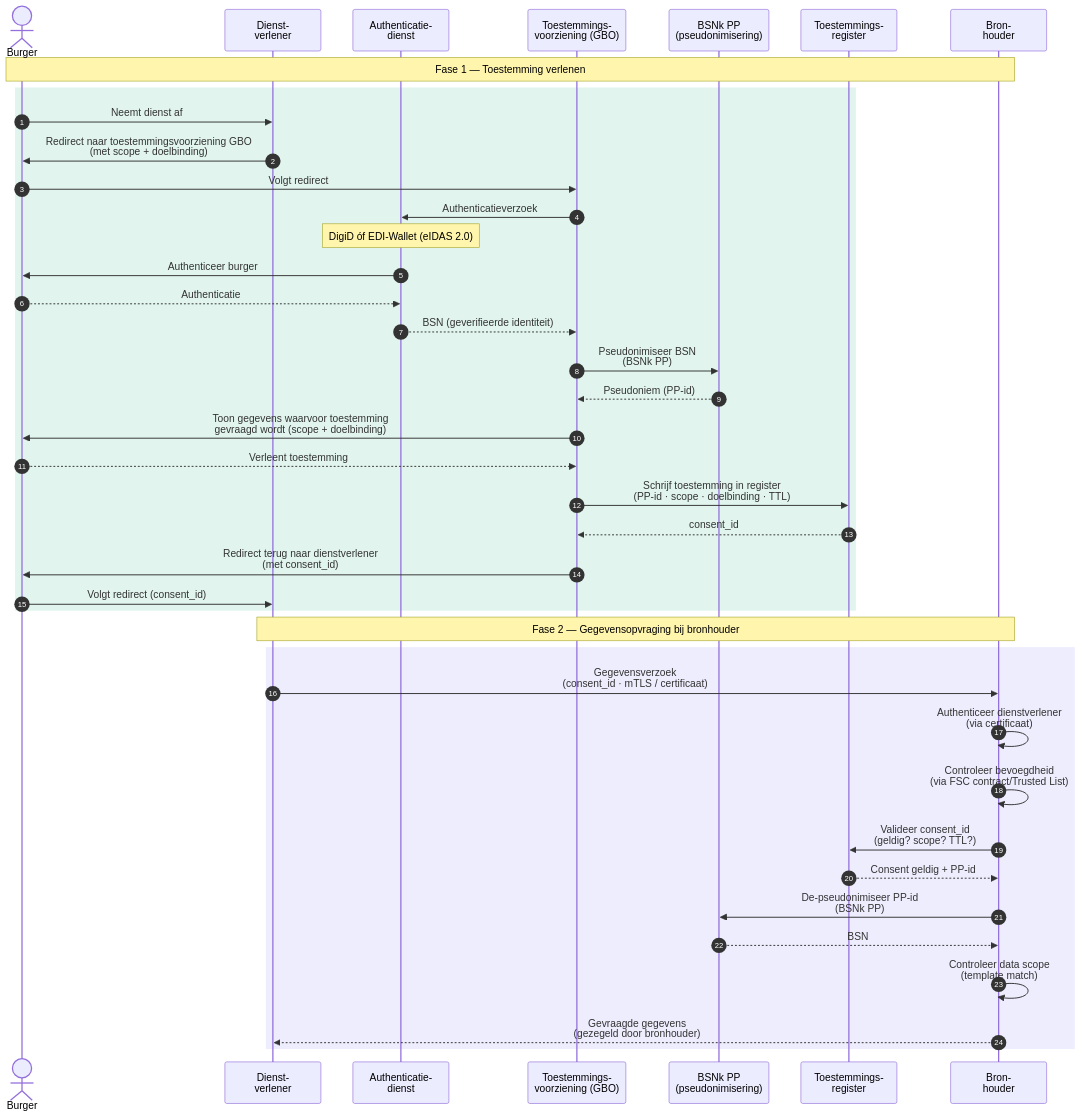
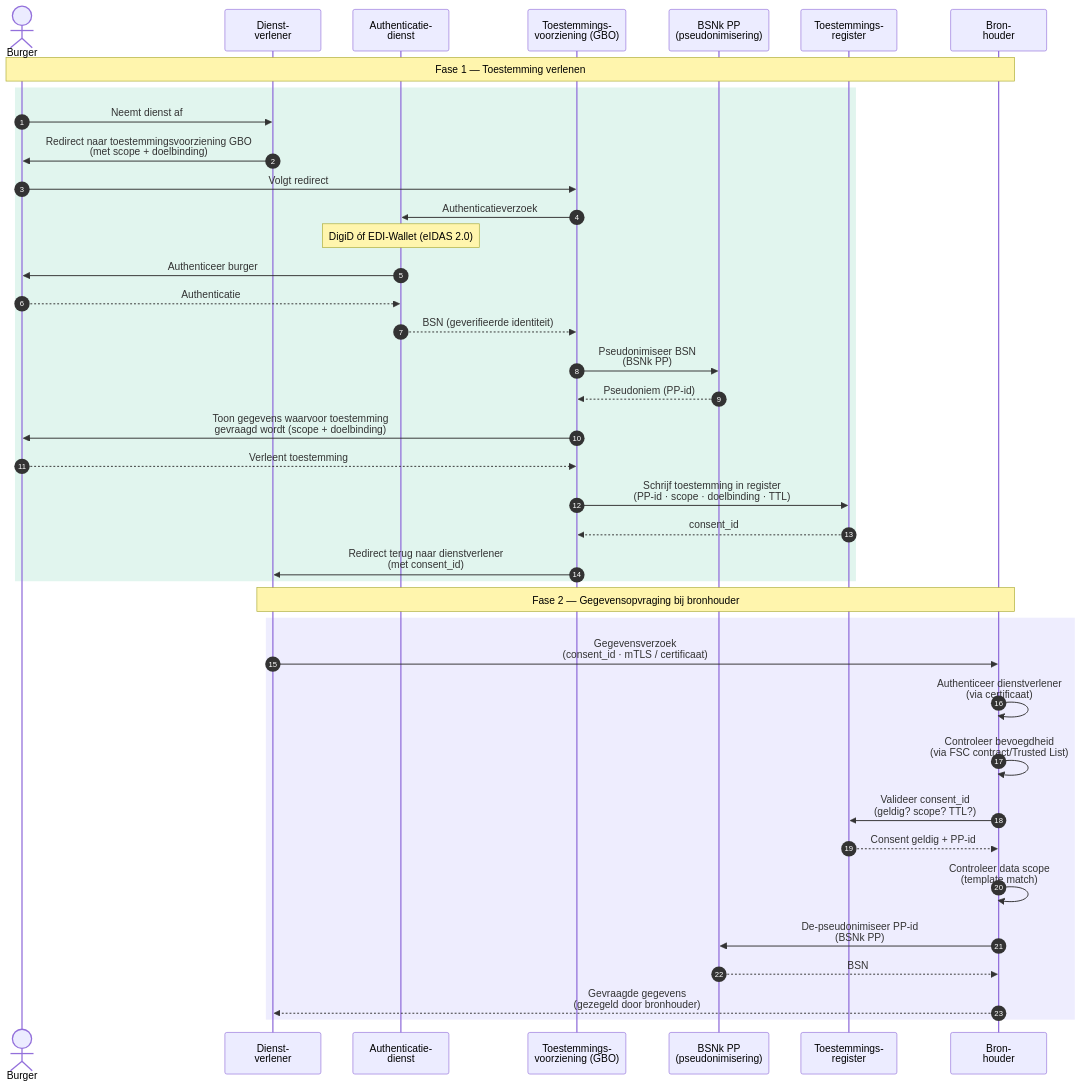
The diagram in docs/diagrammen/interactiepatroon-PP-haalt-gegevens-op.mmd (ICTU/GBO), drawn with Mermaid before and after one commit. The commit also changed 7 other files, not shown here.

````diff
--- a/docs/diagrammen/interactiepatroon-PP-haalt-gegevens-op.mmd
+++ b/docs/diagrammen/interactiepatroon-PP-haalt-gegevens-op.mmd
@@ -1,48 +1,47 @@
 ``` mermaid
 
 sequenceDiagram
     autonumber
     actor Burger
     participant DV as Dienst-<br/>verlener
     participant Auth as Authenticatie-<br/>dienst
     participant TV as Toestemmings-<br/>voorziening (GBO)
     participant PP as BSNk PP<br/>(pseudonimisering)
     participant TR as Toestemmings-<br/>register
     participant BRH as Bron-<br/>houder
 
     Note over Burger,BRH: Fase 1 — Toestemming verlenen
 
     rect rgb(225, 245, 238)
         Burger->>DV: Neemt dienst af
         DV->>Burger: Redirect naar toestemmingsvoorziening GBO<br/>(met scope + doelbinding)
         Burger->>TV: Volgt redirect
         TV->>Auth: Authenticatieverzoek
         Note over Auth: DigiD óf EDI-Wallet (eIDAS 2.0)
         Auth->>Burger: Authenticeer burger
         Burger-->>Auth: Authenticatie
         Auth-->>TV: BSN (geverifieerde identiteit)
         TV->>PP: Pseudonimiseer BSN<br/>(BSNk PP)
         PP-->>TV: Pseudoniem (PP-id)
         TV->>Burger: Toon gegevens waarvoor toestemming<br/>gevraagd wordt (scope + doelbinding)
         Burger-->>TV: Verleent toestemming
         TV->>TR: Schrijf toestemming in register<br/>(PP-id · scope · doelbinding · TTL)
         TR-->>TV: consent_id
-        TV->>Burger: Redirect terug naar dienstverlener<br/>(met consent_id)
-        Burger->>DV: Volgt redirect (consent_id)
+        TV->>DV: Redirect terug naar dienstverlener<br/>(met consent_id)
     end
 
     Note over DV,BRH: Fase 2 — Gegevensopvraging bij bronhouder
 
     rect rgb(238, 237, 254)
         DV->>BRH: Gegevensverzoek<br/>(consent_id · mTLS / certificaat)
         BRH->>BRH: Authenticeer dienstverlener<br />(via certificaat)
         BRH->>BRH: Controleer bevoegdheid<br />(via FSC contract/Trusted List)
         BRH->>TR: Valideer consent_id<br/>(geldig? scope? TTL?)
         TR-->>BRH: Consent geldig + PP-id
+        BRH->>BRH: Controleer data scope<br />(template match)
         BRH->>PP: De-pseudonimiseer PP-id<br/>(BSNk PP)
         PP-->>BRH: BSN
-        BRH->>BRH: Controleer data scope<br />(template match)
         BRH-->>DV: Gevraagde gegevens<br/>(gezegeld door bronhouder)
     end
 
 ```
````
